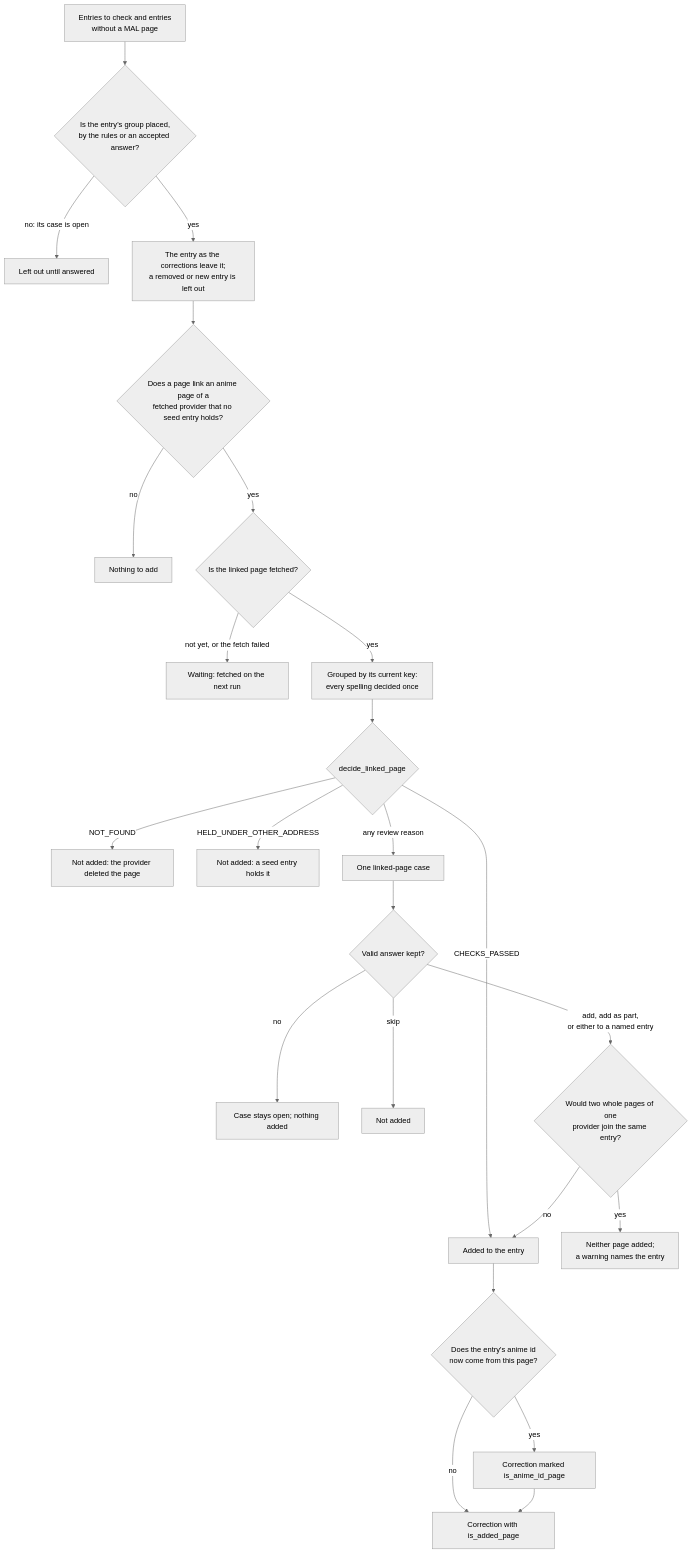
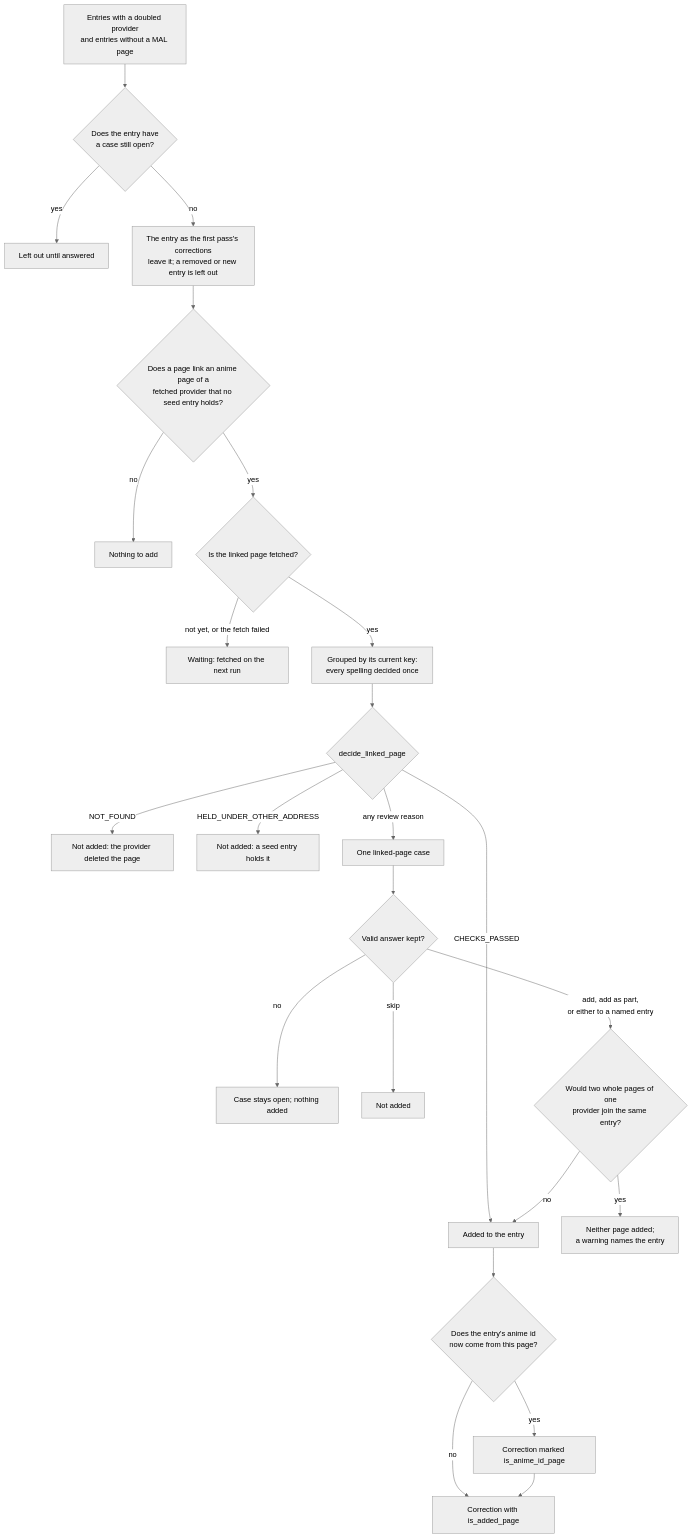
Before and after one commit to adnanaq/echora: the second of 2 diagrams in libs/seed_cleaning/README.md, drawn with Mermaid (neutral theme). The commit also changed other lines of this file and 1 other file, not shown here.

First line of the commit message:
docs(ECHO-74): describe the two passes, link candidates and the MAL check

````diff
--- a/libs/seed_cleaning/README.md
+++ b/libs/seed_cleaning/README.md
@@ -368,26 +512,26 @@
 ```mermaid
 flowchart TD
-    entries[Entries to check and entries<br/>without a MAL page] --> placed{Is the entry's group placed,<br/>by the rules or an accepted answer?}
-    placed -- "no: its case is open" --> left_out[Left out until answered]
-    placed -- yes --> corrected[The entry as the corrections leave it;<br/>a removed or new entry is left out]
+    entries[Entries with a doubled provider<br/>and entries without a MAL page] --> placed{Does the entry have<br/>a case still open?}
+    placed -- yes --> left_out[Left out until answered]
+    placed -- no --> corrected[The entry as the first pass's corrections<br/>leave it; a removed or new entry is left out]
     corrected --> links{Does a page link an anime page of a<br/>fetched provider that no seed entry holds?}
     links -- no --> nothing[Nothing to add]
     links -- yes --> fetch{Is the linked page fetched?}
     fetch -- "not yet, or the fetch failed" --> waiting[Waiting: fetched on the next run]
     fetch -- yes --> current[Grouped by its current key:<br/>every spelling decided once]
     current --> decide{decide_linked_page}
     decide -- NOT_FOUND --> skip_dead[Not added: the provider deleted the page]
     decide -- HELD_UNDER_OTHER_ADDRESS --> skip_held[Not added: a seed entry holds it]
     decide -- CHECKS_PASSED --> add[Added to the entry]
     decide -- any review reason --> case[One linked-page case]
     case --> answer{Valid answer kept?}
     answer -- no --> open[Case stays open; nothing added]
     answer -- skip --> skipped[Not added]
     answer -- "add, add as part,<br/>or either to a named entry" --> conflict{Would two whole pages of one<br/>provider join the same entry?}
     conflict -- yes --> neither[Neither page added;<br/>a warning names the entry]
     conflict -- no --> add
     add --> anime_id{Does the entry's anime id<br/>now come from this page?}
     anime_id -- yes --> id_page[Correction marked is_anime_id_page]
     anime_id -- no --> correction[Correction with is_added_page]
     id_page --> correction
 ```
````
